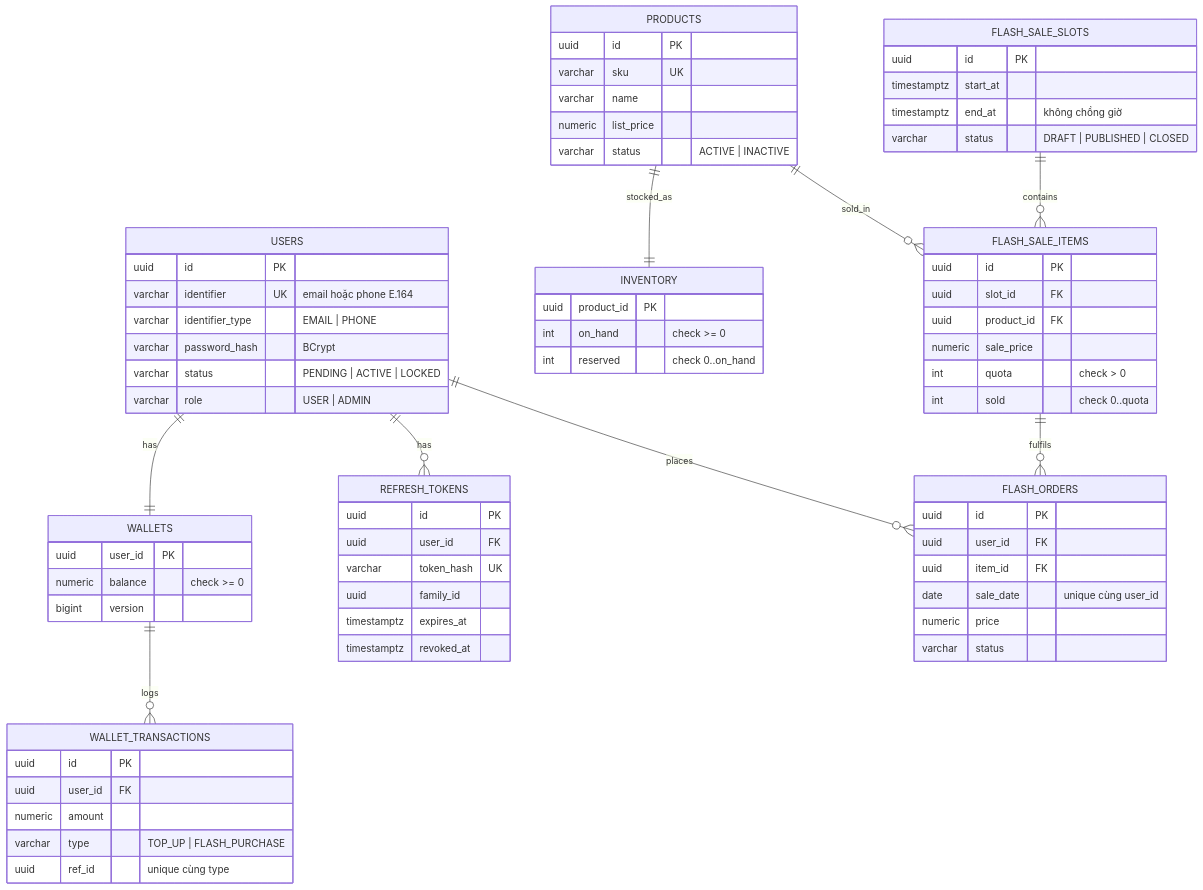
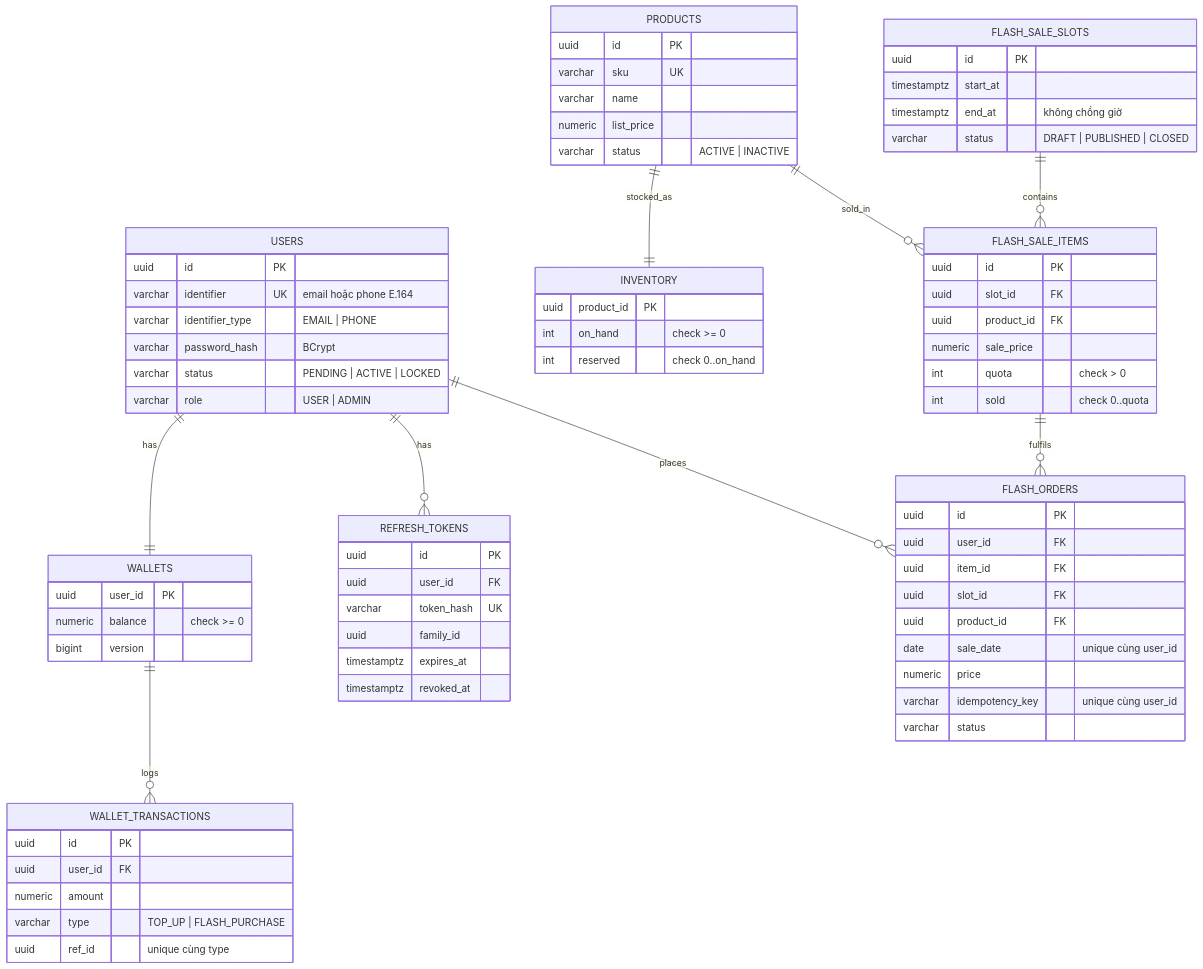
The fourth of 14 diagrams in docs/system-design.md (lebronjamesbe01-dev/flashsale-service), drawn with Mermaid before and after one commit. The commit also changed other lines of this file and 1 other file, not shown here.

````diff
--- a/docs/system-design.md
+++ b/docs/system-design.md
@@ -79,74 +79,77 @@
 ```mermaid
 erDiagram
     USERS ||--|| WALLETS : has
     USERS ||--o{ REFRESH_TOKENS : has
     USERS ||--o{ FLASH_ORDERS : places
     WALLETS ||--o{ WALLET_TRANSACTIONS : logs
     PRODUCTS ||--|| INVENTORY : stocked_as
     PRODUCTS ||--o{ FLASH_SALE_ITEMS : sold_in
     FLASH_SALE_SLOTS ||--o{ FLASH_SALE_ITEMS : contains
     FLASH_SALE_ITEMS ||--o{ FLASH_ORDERS : fulfils
 
     USERS {
         uuid id PK
         varchar identifier UK "email hoặc phone E.164"
         varchar identifier_type "EMAIL | PHONE"
         varchar password_hash "BCrypt"
         varchar status "PENDING | ACTIVE | LOCKED"
         varchar role "USER | ADMIN"
     }
     WALLETS {
         uuid user_id PK
         numeric balance "check >= 0"
         bigint version
     }
     WALLET_TRANSACTIONS {
         uuid id PK
         uuid user_id FK
         numeric amount
         varchar type "TOP_UP | FLASH_PURCHASE"
         uuid ref_id "unique cùng type"
     }
     REFRESH_TOKENS {
         uuid id PK
         uuid user_id FK
         varchar token_hash UK
         uuid family_id
         timestamptz expires_at
         timestamptz revoked_at
     }
     PRODUCTS {
         uuid id PK
         varchar sku UK
         varchar name
         numeric list_price
         varchar status "ACTIVE | INACTIVE"
     }
     INVENTORY {
         uuid product_id PK
         int on_hand "check >= 0"
         int reserved "check 0..on_hand"
     }
     FLASH_SALE_SLOTS {
         uuid id PK
         timestamptz start_at
         timestamptz end_at "không chồng giờ"
         varchar status "DRAFT | PUBLISHED | CLOSED"
     }
     FLASH_SALE_ITEMS {
         uuid id PK
         uuid slot_id FK
         uuid product_id FK
         numeric sale_price
         int quota "check > 0"
         int sold "check 0..quota"
     }
     FLASH_ORDERS {
         uuid id PK
         uuid user_id FK
         uuid item_id FK
+        uuid slot_id FK
+        uuid product_id FK
         date sale_date "unique cùng user_id"
         numeric price
+        varchar idempotency_key "unique cùng user_id"
         varchar status
     }
 ```
````
